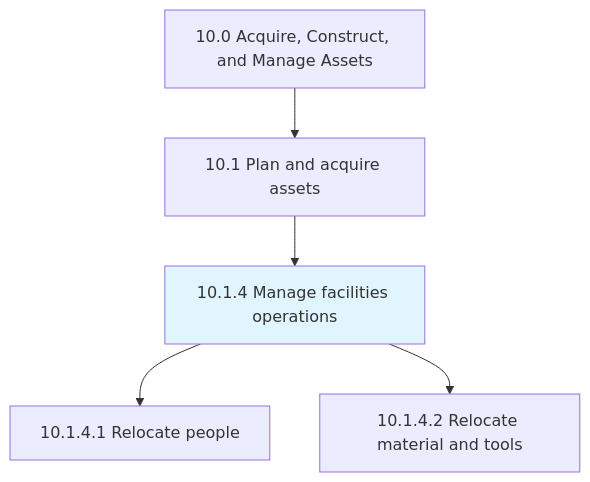
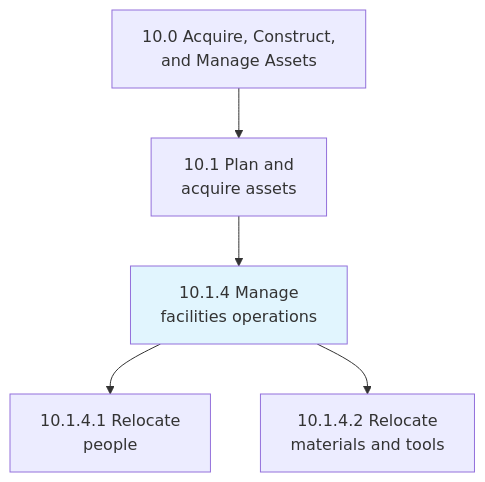
Before and after one commit to kziemski/business.org.ai: the first of 3 diagrams in processes/10-Assets/10.1-PlanAcquireAssets/10.1.4-ManageFacilitiesOperations/index.mdx, drawn with Mermaid. The commit also changed other lines of this file and 885 other files, not shown here.

````diff
--- a/processes/10-Assets/10.1-PlanAcquireAssets/10.1.4-ManageFacilitiesOperations/index.mdx
+++ b/processes/10-Assets/10.1-PlanAcquireAssets/10.1.4-ManageFacilitiesOperations/index.mdx
@@ -25,9 +25,10 @@
 ```mermaid
 graph TD
-    C10["10.0 Acquire, Construct, and Manage Assets"]
-    C10 --> N10_1["10.1 Plan and acquire assets"]
-    N10_1 --> N10_1_4["10.1.4 Manage facilities operations"]
-    style N10_1_4 fill:#e1f5fe
-    N10_1_4 --> N10_1_4_1["10.1.4.1 Relocate people"]
-    N10_1_4 --> N10_1_4_2["10.1.4.2 Relocate material and tools"]
+    C10["10.0 Acquire, Construct,<br/>and Manage Assets"] --> G101["10.1 Plan and<br/>acquire assets"]
+    G101 --> P1014["10.1.4 Manage<br/>facilities operations"]
+
+    P1014 --> A1014_1["10.1.4.1 Relocate<br/>people"]
+    P1014 --> A1014_2["10.1.4.2 Relocate<br/>materials and tools"]
+
+    style P1014 fill:#e1f5fe
 ```
````
